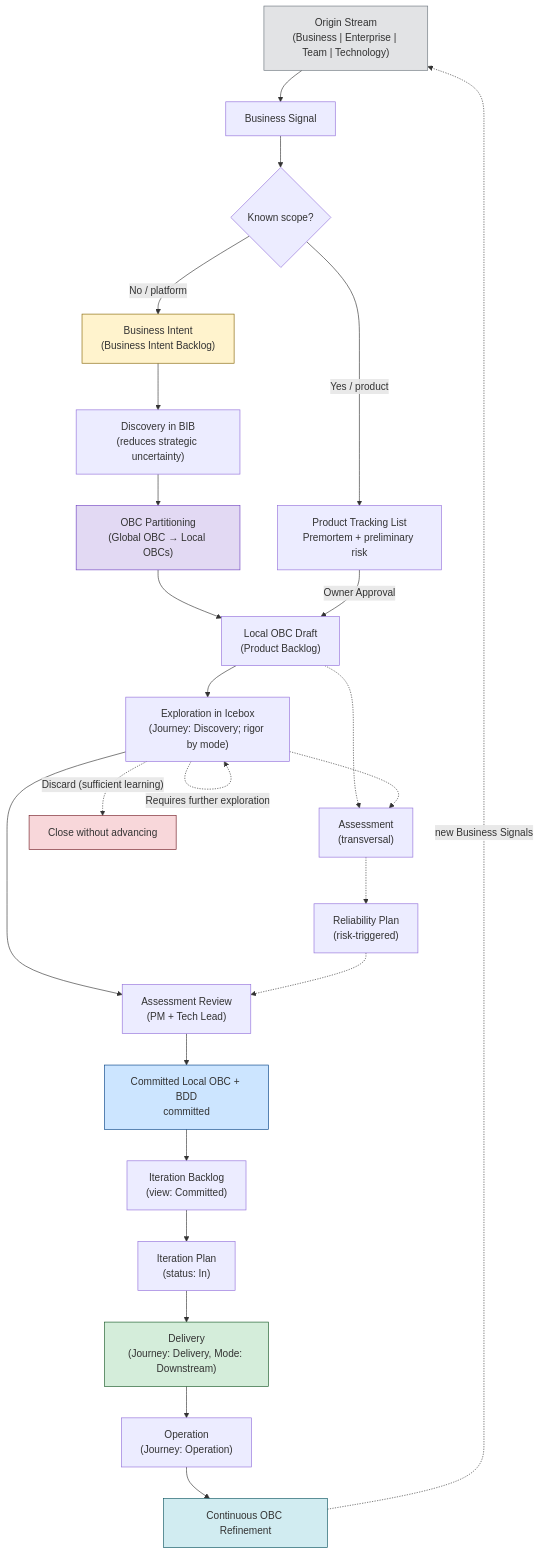
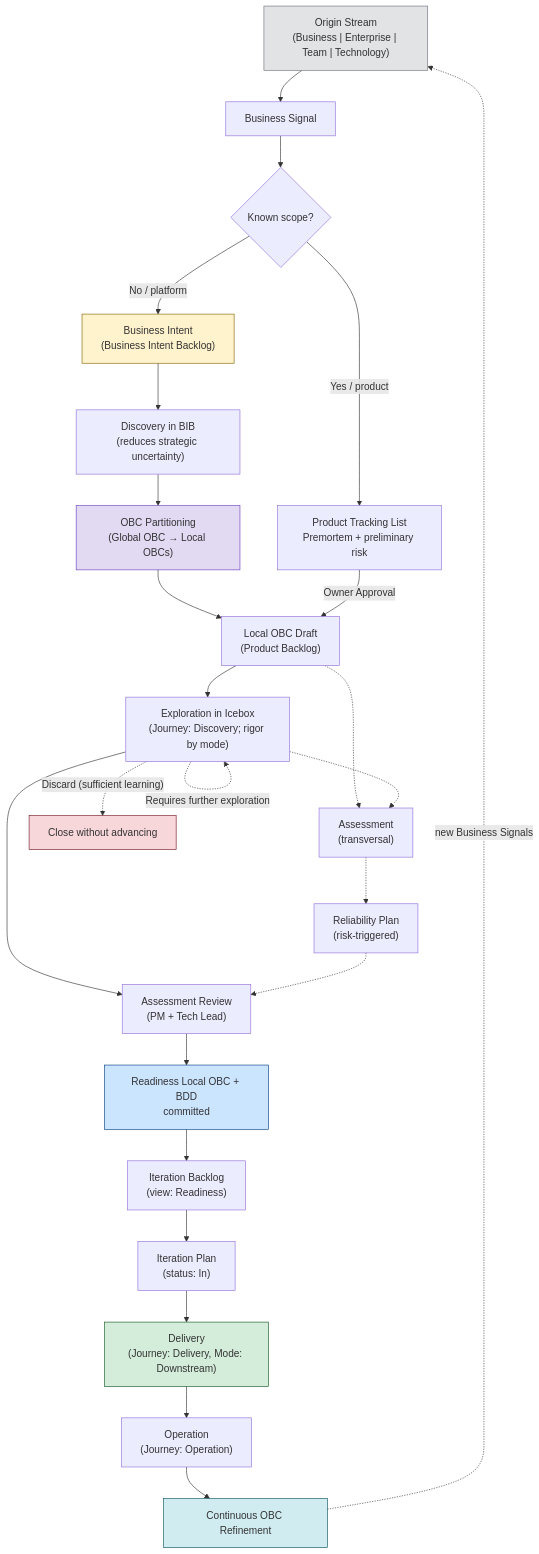
The diagram in prodops/framework/flow.en.md (produtoreativo/prodops-framework), drawn with Mermaid before and after one commit. The commit also changed other lines of this file and 70 other files, not shown here.

````diff
--- a/prodops/framework/flow.en.md
+++ b/prodops/framework/flow.en.md
@@ -19,53 +19,53 @@
 ```mermaid
 flowchart TD
     OS["Origin Stream\n(Business | Enterprise | Team | Technology)"]
     I["Business Signal"]
     CHOICE{"Known scope?"}
     RTL["Product Tracking List\nPremortem + preliminary risk"]
     GBIB["Business Intent\n(Business Intent Backlog)"]
     EX1["Discovery in BIB\n(reduces strategic uncertainty)"]
     PART["OBC Partitioning\n(Global OBC → Local OBCs)"]
     LPIB["Local OBC Draft\n(Product Backlog)"]
     EX2["Exploration in Icebox\n(Journey: Discovery; rigor by mode)"]
     AS["Assessment\n(transversal)"]
     RP["Reliability Plan\n(risk-triggered)"]
     REV["Assessment Review\n(PM + Tech Lead)"]
-    OBC["Committed Local OBC + BDD\ncommitted"]
+    OBC["Readiness Local OBC + BDD\ncommitted"]
     IP["Iteration Plan\n(status: In)"]
     D["Delivery\n(Journey: Delivery, Mode: Downstream)"]
     OP["Operation\n(Journey: Operation)"]
     REF["Continuous OBC Refinement"]
 
     OS --> I
     I --> CHOICE
     CHOICE -->|"No / platform"| GBIB
     CHOICE -->|"Yes / product"| RTL
     GBIB --> EX1
     EX1 --> PART
     PART --> LPIB
     RTL -->|"Owner Approval"| LPIB
     LPIB --> EX2
     EX2 --> REV
     LPIB -.-> AS
     EX2 -.-> AS
     AS -.-> RP
     RP -.-> REV
     REV --> OBC
-    OBC --> IB["Iteration Backlog\n(view: Committed)"]
+    OBC --> IB["Iteration Backlog\n(view: Readiness)"]
     IB --> IP
     IP --> D
     D --> OP
     OP --> REF
     REF -.->|"new Business Signals"| OS
 
     EX2 -.->|"Discard (sufficient learning)"| X[Close without advancing]
     EX2 -.->|"Requires further exploration"| EX2
 
     style OS fill:#e2e3e5,stroke:#6c757d
     style GBIB fill:#fff3cd,stroke:#856404
     style PART fill:#e2d9f3,stroke:#6f42c1
     style OBC fill:#cce5ff,stroke:#004085
     style D fill:#d4edda,stroke:#155724
     style X fill:#f8d7da,stroke:#721c24
     style REF fill:#d1ecf1,stroke:#0c5460
 ```
````
